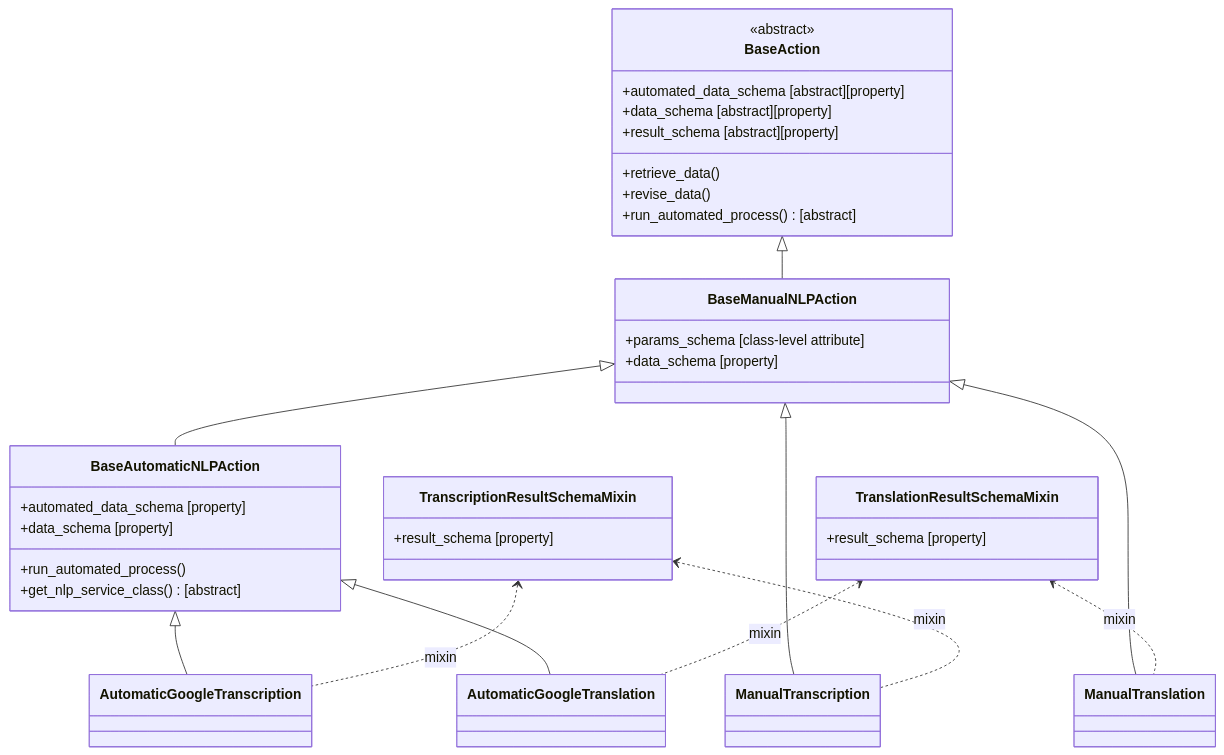
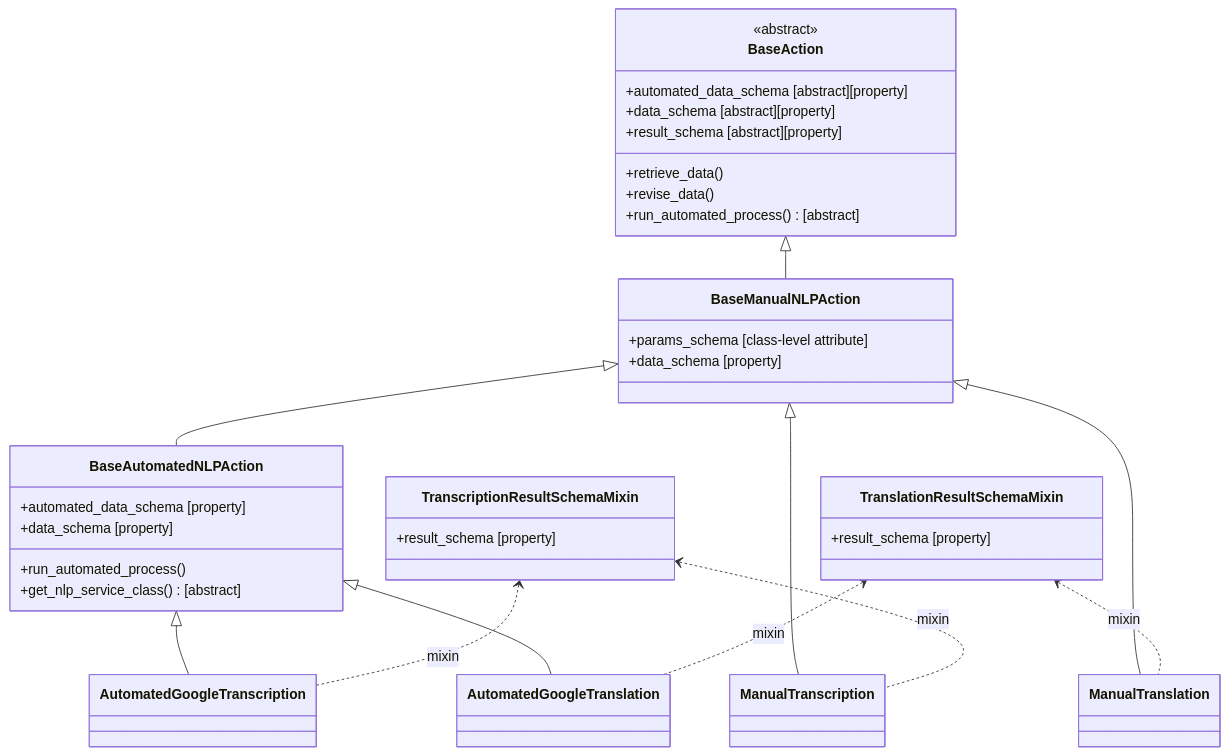
One commit to kobotoolbox/kpi changed the first of 3 diagrams in kobo/apps/subsequences/README.md. Above: the diagram before and after it, drawn with Mermaid. The commit also changed other lines of this file and 9 other files, not shown here.

Commit message:
Refactor: replace Automatic with Automated

````diff
--- a/kobo/apps/subsequences/README.md
+++ b/kobo/apps/subsequences/README.md
@@ -24,57 +24,57 @@
 ```mermaid
 classDiagram
 direction TB
 
 %% ==== Bases ====
 class BaseAction {
   <<abstract>>
   +automated_data_schema [abstract][property]
   +data_schema [abstract][property]
   +result_schema [abstract][property]
   +retrieve_data()
   +revise_data()
   +run_automated_process() [abstract]
 }
 
 class BaseManualNLPAction {
   +params_schema [class-level attribute]
   +data_schema [property]
 }
 
-class BaseAutomaticNLPAction {
+class BaseAutomatedNLPAction {
   +automated_data_schema [property]
   +data_schema [property]
   +run_automated_process()
   +get_nlp_service_class() [abstract]
 }
 
 %% ==== Concrete ====
 class ManualTranscription
 class ManualTranslation
-class AutomaticGoogleTranscription
-class AutomaticGoogleTranslation
+class AutomatedGoogleTranscription
+class AutomatedGoogleTranslation
 
 %% ==== Mixins (provide result_schema) ====
 class TranscriptionResultSchemaMixin {
   +result_schema [property]
 }
 class TranslationResultSchemaMixin {
   +result_schema [property]
 }
 
 %% ==== Inheritance (bases) ====
 BaseAction <|-- BaseManualNLPAction
-BaseManualNLPAction <|-- BaseAutomaticNLPAction
+BaseManualNLPAction <|-- BaseAutomatedNLPAction
 
 %% ==== Inheritance (concretes) ====
 BaseManualNLPAction <|-- ManualTranscription
 BaseManualNLPAction <|-- ManualTranslation
-BaseAutomaticNLPAction <|-- AutomaticGoogleTranscription
-BaseAutomaticNLPAction <|-- AutomaticGoogleTranslation
+BaseAutomatedNLPAction <|-- AutomatedGoogleTranscription
+BaseAutomatedNLPAction <|-- AutomatedGoogleTranslation
 
 %% ==== Mixins -> Concretes ====
 TranscriptionResultSchemaMixin <.. ManualTranscription : mixin
-TranscriptionResultSchemaMixin <.. AutomaticGoogleTranscription : mixin
+TranscriptionResultSchemaMixin <.. AutomatedGoogleTranscription : mixin
 TranslationResultSchemaMixin  <.. ManualTranslation : mixin
-TranslationResultSchemaMixin  <.. AutomaticGoogleTranslation : mixin
+TranslationResultSchemaMixin  <.. AutomatedGoogleTranslation : mixin
 ```
````
